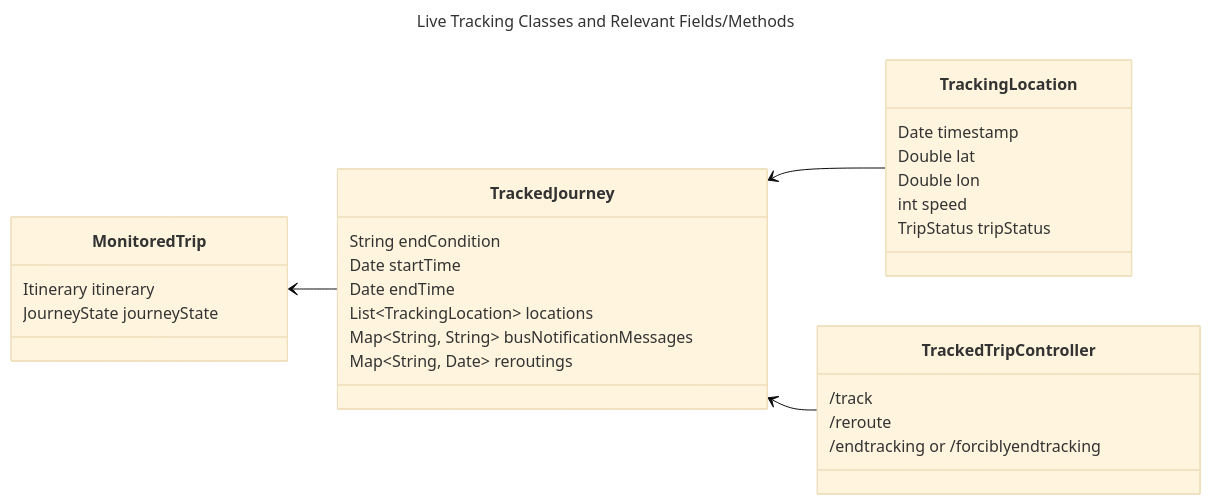
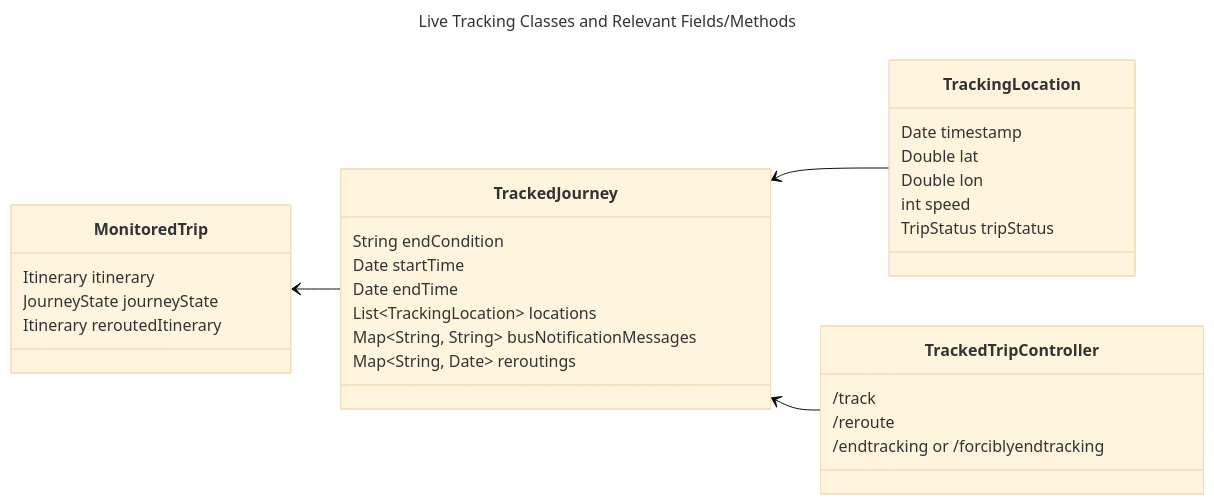
One commit to ibi-group/otp-middleware changed the first of 5 diagrams in docs/live-tracking.md. Above: the diagram before and after it, drawn with Mermaid (base theme). The commit also changed other lines of this file, not shown here.

````diff
--- a/docs/live-tracking.md
+++ b/docs/live-tracking.md
@@ -16,35 +16,36 @@
 ```mermaid
 ---
 title: Live Tracking Classes and Relevant Fields/Methods
 ---
 classDiagram
     direction RL
     class MonitoredTrip {
         Itinerary itinerary
         JourneyState journeyState
+        Itinerary reroutedItinerary
     }
     class TrackingLocation {
         Date timestamp
         Double lat
         Double lon
         int speed
         TripStatus tripStatus
     }
     class TrackedJourney {
         String endCondition
         Date startTime
         Date endTime
         List~TrackingLocation~ locations
         Map~String, String~ busNotificationMessages
         Map~String, Date~ reroutings
     }
     class TrackedTripController {
         /track
         /reroute
         /endtracking or /forciblyendtracking
     }
     TrackedJourney --> MonitoredTrip
     TrackingLocation --> TrackedJourney
     TrackedTripController --> TrackedJourney
 
 ```
````
